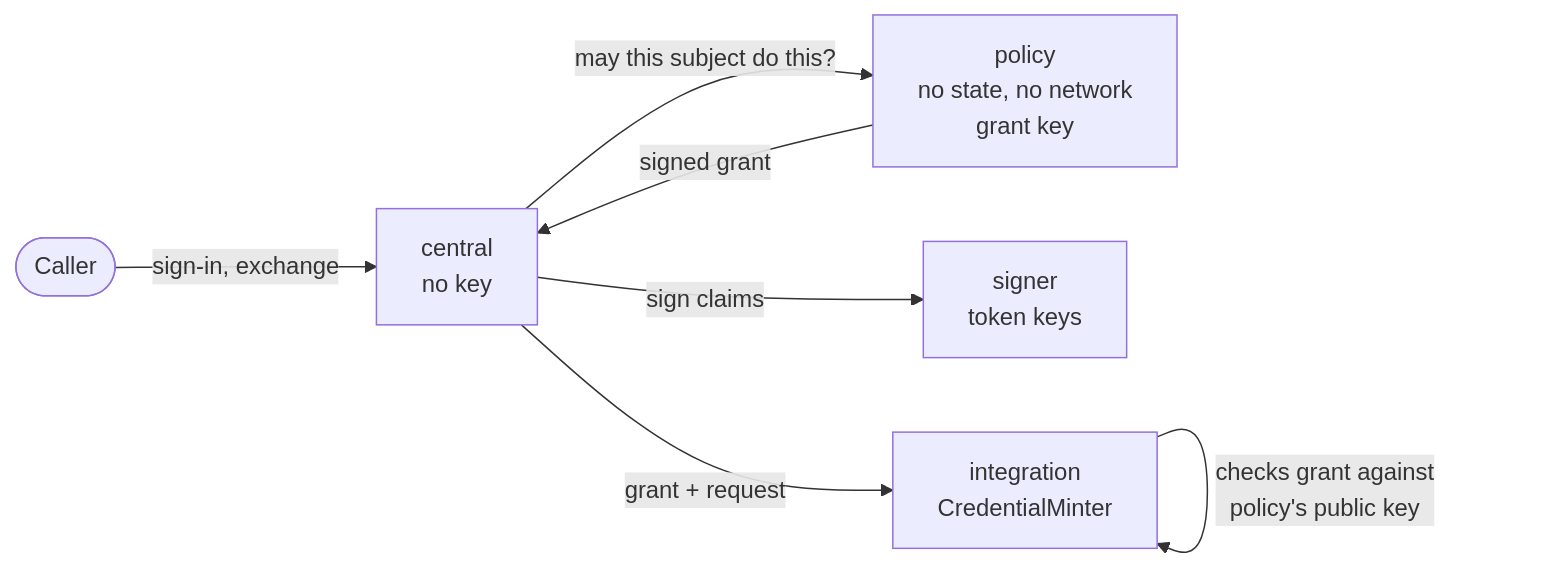
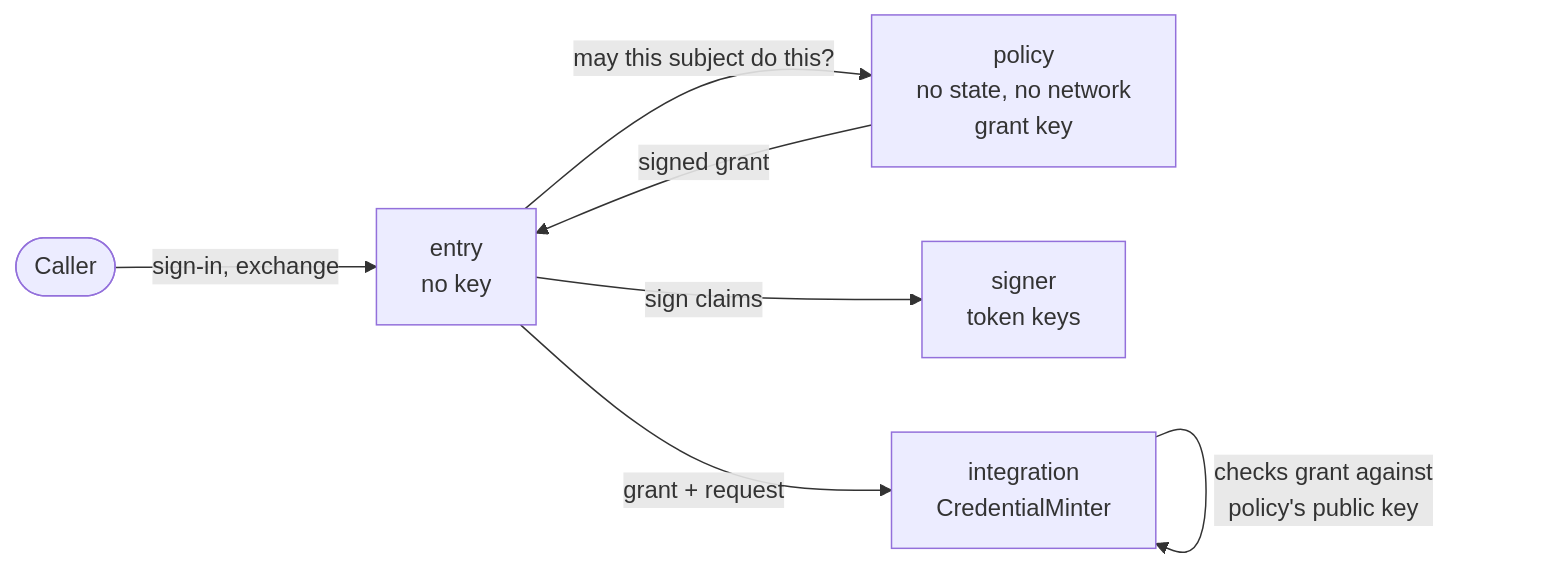
The diagram in docs/concepts/roles.md (truvity/sluis), drawn with Mermaid before and after one commit. The commit also changed other lines of this file and 26 other files, not shown here.

````diff
--- a/docs/concepts/roles.md
+++ b/docs/concepts/roles.md
@@ -41,9 +37,9 @@
 ```mermaid
 flowchart LR
-  user(["Caller"]) -->|"sign-in, exchange"| central["central<br/>no key"]
-  central -->|"may this subject do this?"| policy["policy<br/>no state, no network<br/>grant key"]
-  policy -->|"signed grant"| central
-  central -->|"sign claims"| signer["signer<br/>token keys"]
-  central -->|"grant + request"| minter["integration<br/>CredentialMinter"]
+  user(["Caller"]) -->|"sign-in, exchange"| entry["entry<br/>no key"]
+  entry -->|"may this subject do this?"| policy["policy<br/>no state, no network<br/>grant key"]
+  policy -->|"signed grant"| entry
+  entry -->|"sign claims"| signer["signer<br/>token keys"]
+  entry -->|"grant + request"| minter["integration<br/>CredentialMinter"]
   minter -->|"checks grant against<br/>policy's public key"| minter
 ```
````
